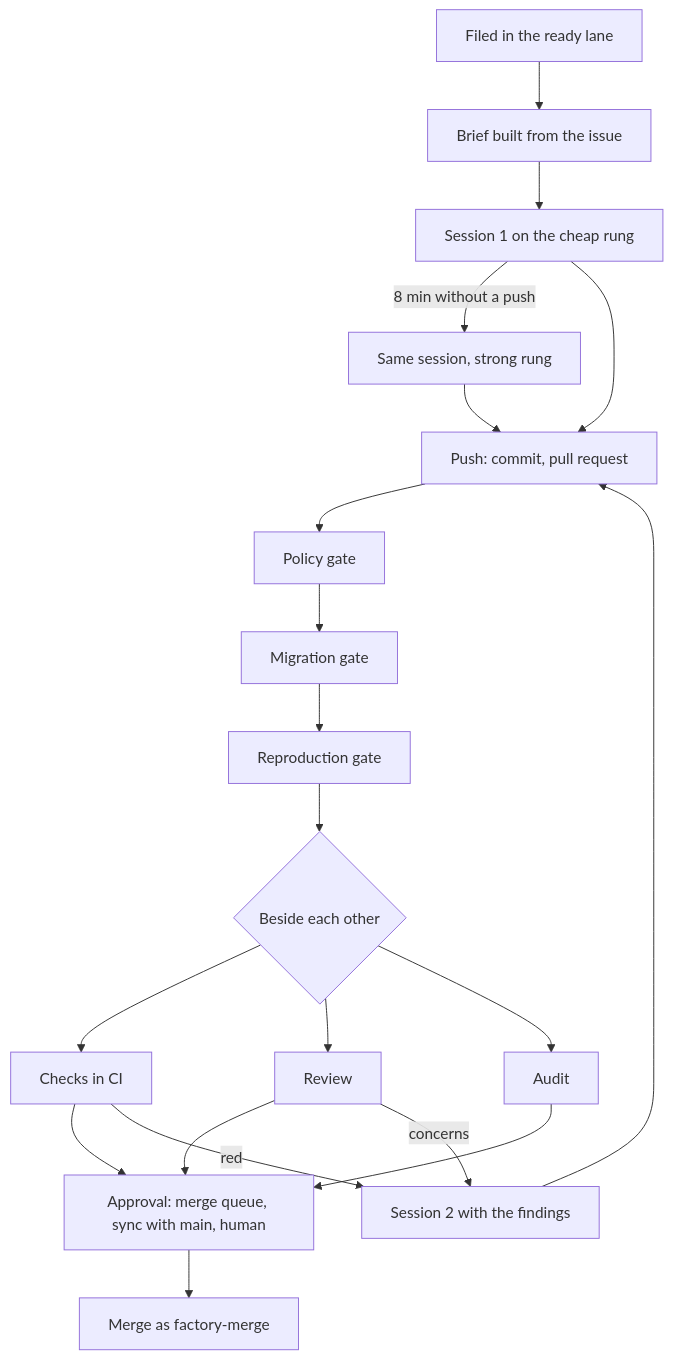
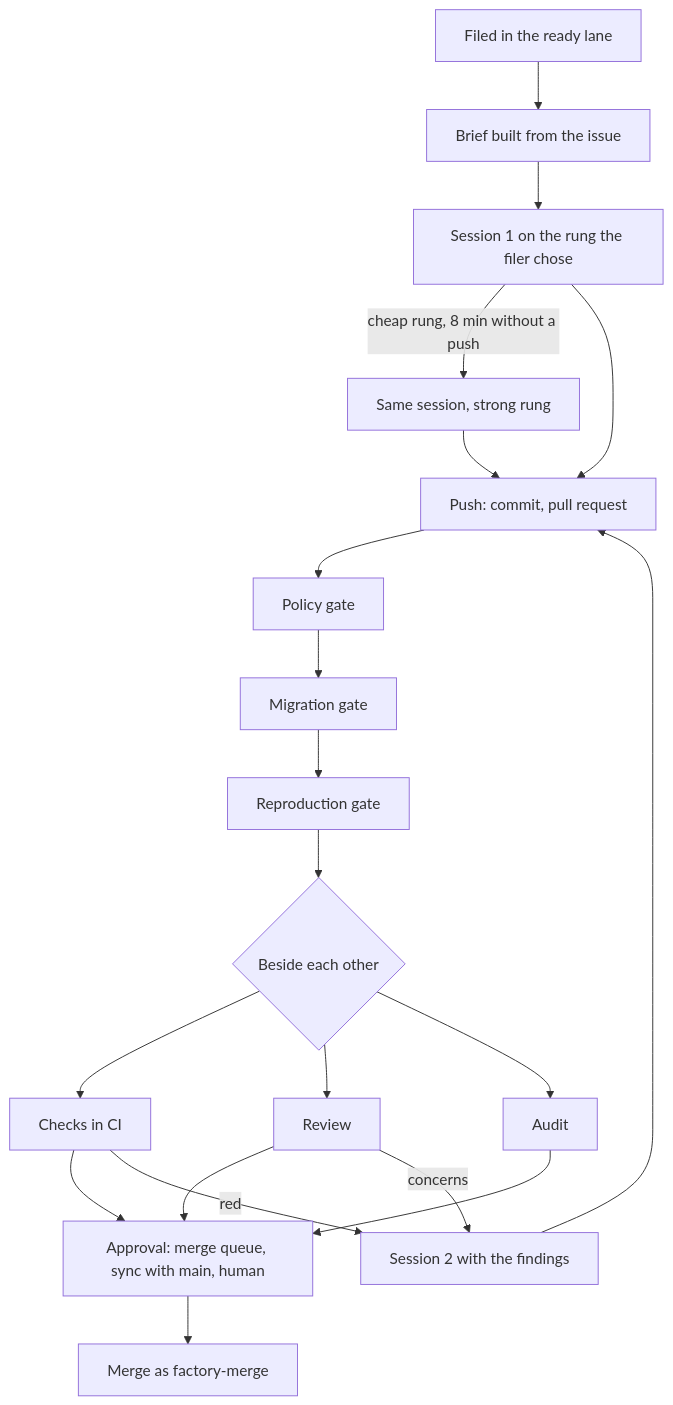
Before and after one commit to sebastianrueckerai/ai-software-factory: the second of 9 diagrams in docs/escalation-ladder-redesign-2026-10-15.md, drawn with Mermaid. The commit also changed other lines of this file, not shown here.

Commit message:
Escalation ladder redesign: the filer sets the rung, the planner role, the budget path through the funding check, three guardrails on dropping a finding, dated answers, the stale sweep reads liveness, replay scenarios as the test, and the order of work

````diff
--- a/docs/escalation-ladder-redesign-2026-10-15.md
+++ b/docs/escalation-ladder-redesign-2026-10-15.md
@@ -78,22 +82,22 @@
 ```mermaid
 flowchart TD
   F[Filed in the ready lane] --> B[Brief built from the issue]
-  B --> S1[Session 1 on the cheap rung]
-  S1 -->|8 min without a push| S1s[Same session, strong rung]
+  B --> S1[Session 1 on the rung the filer chose]
+  S1 -->|cheap rung, 8 min without a push| S1s[Same session, strong rung]
   S1 --> P[Push: commit, pull request]
   S1s --> P
   P --> GP[Policy gate]
   GP --> GM[Migration gate]
   GM --> GR[Reproduction gate]
   GR --> PAR{Beside each other}
   PAR --> CI[Checks in CI]
   PAR --> RV[Review]
   PAR --> AU[Audit]
   CI --> AP[Approval: merge queue, sync with main, human]
   RV --> AP
   AU --> AP
   AP --> M[Merge as factory-merge]
   RV -->|concerns| S2[Session 2 with the findings]
   CI -->|red| S2
   S2 --> P
 ```
````
